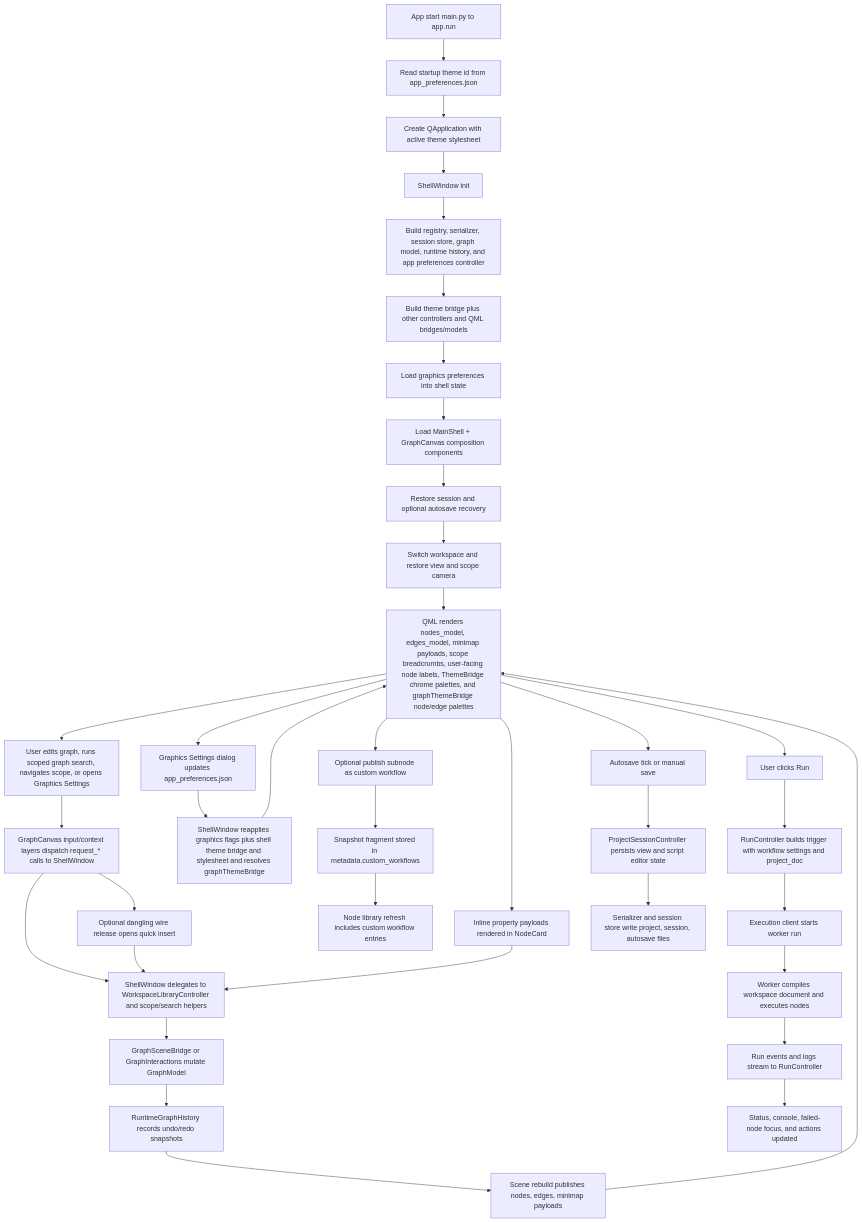
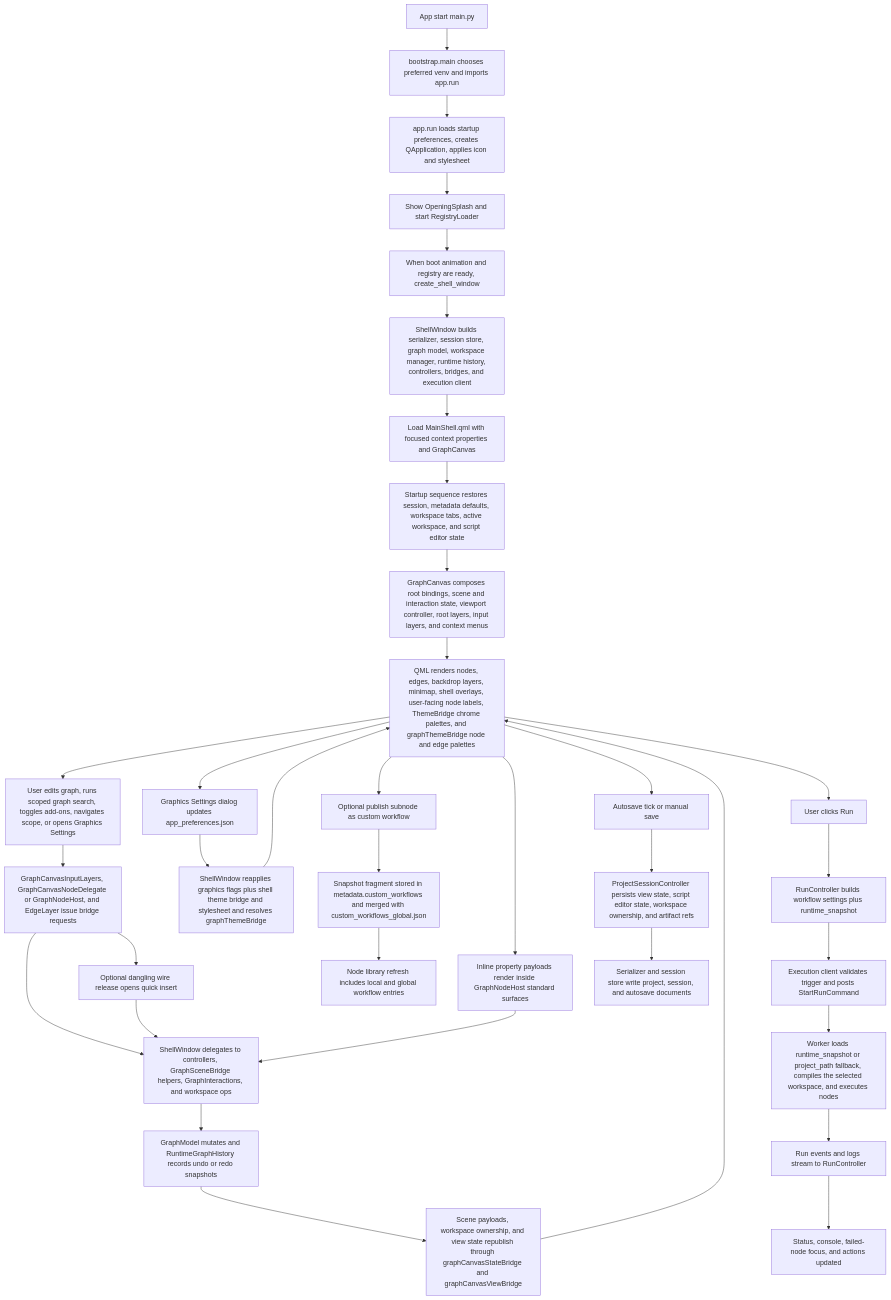
The diagram in docs/architecture_diagrams/runtime_pipeline.mmd (emreatay993/EA_Node), drawn with Mermaid before and after one commit. The commit also changed 10 other files, not shown here.

Commit message:
Update architecture docs and ANSYS example assets

```diff
--- a/docs/architecture_diagrams/runtime_pipeline.mmd
+++ b/docs/architecture_diagrams/runtime_pipeline.mmd
@@ -1,43 +1,41 @@
 flowchart TD
-    A[App start main.py to app.run] --> B[Read startup theme id from app_preferences.json]
-    B --> C[Create QApplication with active theme stylesheet]
-    C --> D[ShellWindow init]
-    D --> E[Build registry, serializer, session store, graph model, runtime history, and app preferences controller]
-    E --> F[Build theme bridge plus other controllers and QML bridges/models]
-    F --> G[Load graphics preferences into shell state]
-    G --> H[Load MainShell + GraphCanvas composition components]
-    H --> I[Restore session and optional autosave recovery]
-    I --> J[Switch workspace and restore view and scope camera]
-    J --> K[QML renders nodes_model, edges_model, minimap payloads, scope breadcrumbs, user-facing node labels, ThemeBridge chrome palettes, and graphThemeBridge node/edge palettes]
+    A[App start main.py] --> B[bootstrap.main chooses preferred venv and imports app.run]
+    B --> C[app.run loads startup preferences, creates QApplication, applies icon and stylesheet]
+    C --> D[Show OpeningSplash and start RegistryLoader]
+    D --> E[When boot animation and registry are ready, create_shell_window]
+    E --> F[ShellWindow builds serializer, session store, graph model, workspace manager, runtime history, controllers, bridges, and execution client]
+    F --> G[Load MainShell.qml with focused context properties and GraphCanvas]
+    G --> H[Startup sequence restores session, metadata defaults, workspace tabs, active workspace, and script editor state]
+    H --> I[GraphCanvas composes root bindings, scene and interaction state, viewport controller, root layers, input layers, and context menus]
+    I --> J[QML renders nodes, edges, backdrop layers, minimap, shell overlays, user-facing node labels, ThemeBridge chrome palettes, and graphThemeBridge node and edge palettes]
 
-    K --> L[User edits graph, runs scoped graph search, navigates scope, or opens Graphics Settings]
-    L --> M[GraphCanvas input/context layers dispatch request_* calls to ShellWindow]
-    M --> N[ShellWindow delegates to WorkspaceLibraryController and scope/search helpers]
-    M --> NQ[Optional dangling wire release opens quick insert]
-    NQ --> N
-    N --> O[GraphSceneBridge or GraphInteractions mutate GraphModel]
-    O --> P[RuntimeGraphHistory records undo/redo snapshots]
-    P --> Q[Scene rebuild publishes nodes, edges, minimap payloads]
-    Q --> K
+    J --> K[User edits graph, runs scoped graph search, toggles add-ons, navigates scope, or opens Graphics Settings]
+    K --> L[GraphCanvasInputLayers, GraphCanvasNodeDelegate or GraphNodeHost, and EdgeLayer issue bridge requests]
+    L --> M[ShellWindow delegates to controllers, GraphSceneBridge helpers, GraphInteractions, and workspace ops]
+    L --> MQ[Optional dangling wire release opens quick insert]
+    MQ --> M
+    M --> N[GraphModel mutates and RuntimeGraphHistory records undo or redo snapshots]
+    N --> O[Scene payloads, workspace ownership, and view state republish through graphCanvasStateBridge and graphCanvasViewBridge]
+    O --> J
 
-    K --> KP[Graphics Settings dialog updates app_preferences.json]
-    KP --> KR[ShellWindow reapplies graphics flags plus shell theme bridge and stylesheet and resolves graphThemeBridge]
-    KR --> K
+    J --> GP[Graphics Settings dialog updates app_preferences.json]
+    GP --> GQ[ShellWindow reapplies graphics flags plus shell theme bridge and stylesheet and resolves graphThemeBridge]
+    GQ --> J
 
-    K --> R[Inline property payloads rendered in NodeCard]
-    R --> N
+    J --> R[Inline property payloads render inside GraphNodeHost standard surfaces]
+    R --> M
 
-    K --> S[Optional publish subnode as custom workflow]
-    S --> T[Snapshot fragment stored in metadata.custom_workflows]
-    T --> U[Node library refresh includes custom workflow entries]
+    J --> S[Optional publish subnode as custom workflow]
+    S --> T[Snapshot fragment stored in metadata.custom_workflows and merged with custom_workflows_global.json]
+    T --> U[Node library refresh includes local and global workflow entries]
 
-    K --> V[User clicks Run]
-    V --> W[RunController builds trigger with workflow settings and project_doc]
-    W --> X[Execution client starts worker run]
-    X --> Y[Worker compiles workspace document and executes nodes]
+    J --> V[User clicks Run]
+    V --> W[RunController builds workflow settings plus runtime_snapshot]
+    W --> X[Execution client validates trigger and posts StartRunCommand]
+    X --> Y[Worker loads runtime_snapshot or project_path fallback, compiles the selected workspace, and executes nodes]
     Y --> Z[Run events and logs stream to RunController]
     Z --> ZA[Status, console, failed-node focus, and actions updated]
 
-    K --> ZB[Autosave tick or manual save]
-    ZB --> ZC[ProjectSessionController persists view and script editor state]
-    ZC --> ZD[Serializer and session store write project, session, autosave files]
+    J --> ZB[Autosave tick or manual save]
+    ZB --> ZC[ProjectSessionController persists view state, script editor state, workspace ownership, and artifact refs]
+    ZC --> ZD[Serializer and session store write project, session, and autosave documents]
```
